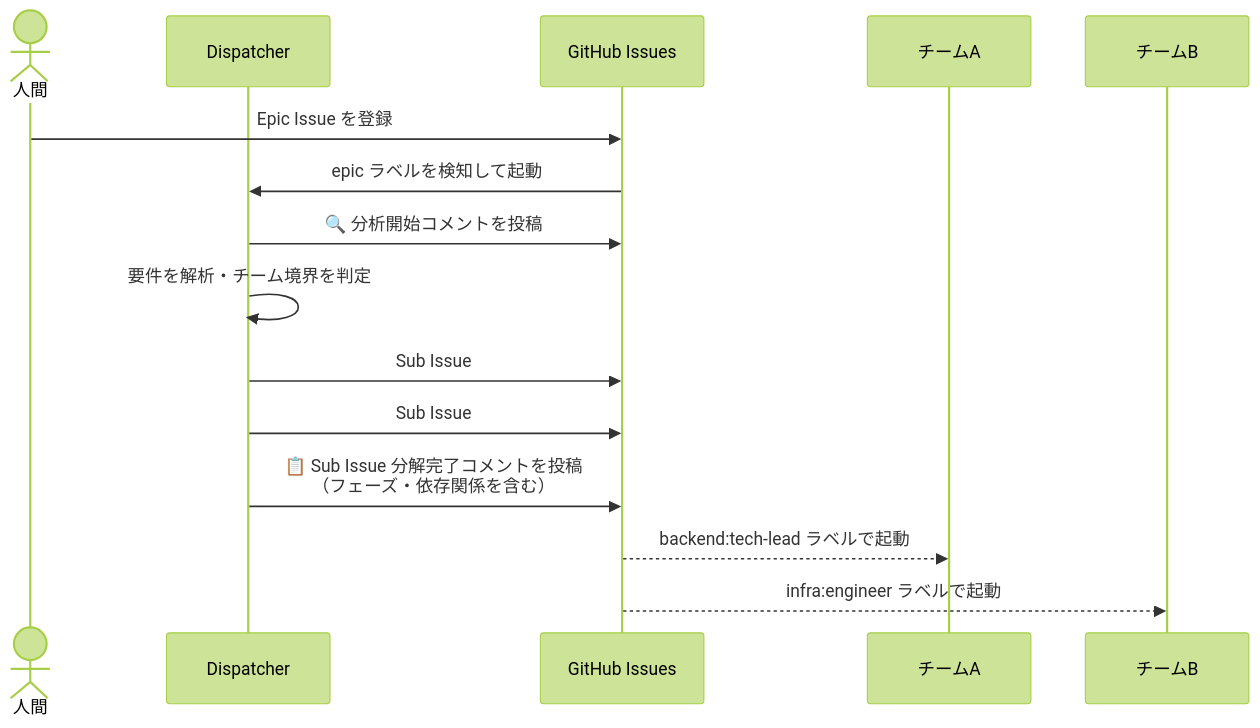
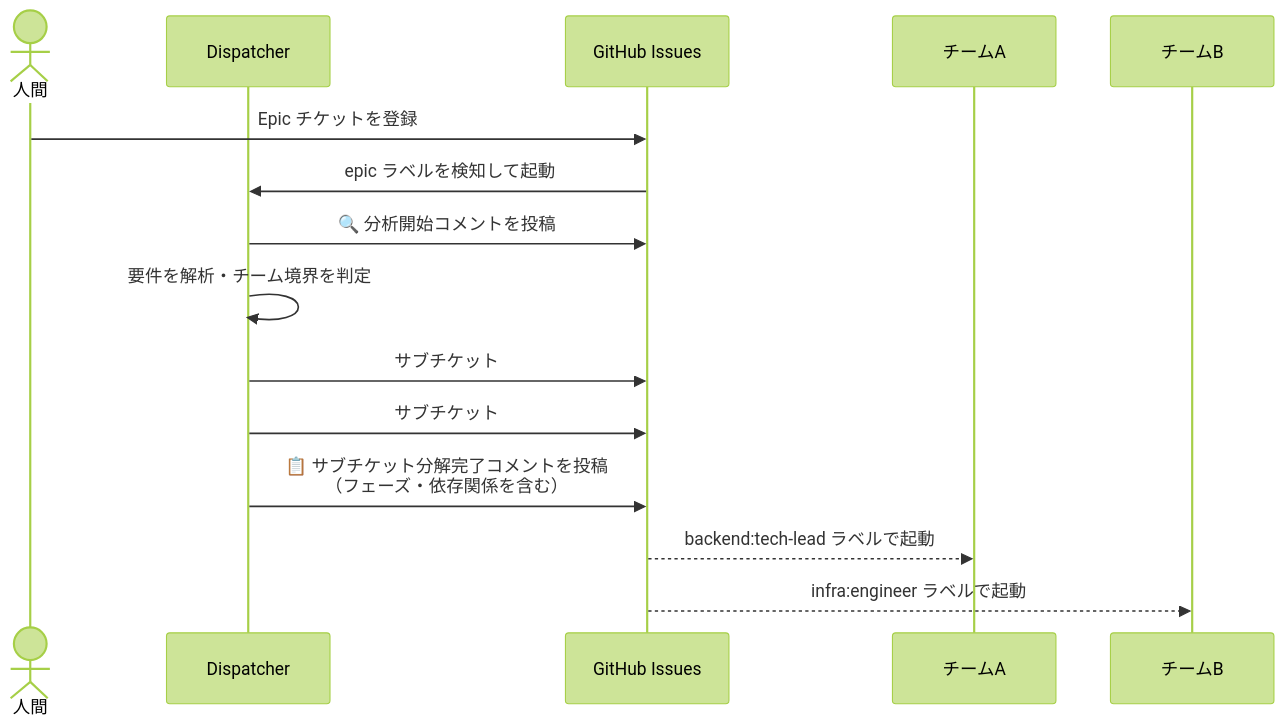
The second of 2 diagrams in docs-src/versions/v0.23.0/agents/dispatcher.md (trimixjp/trimix-cc-project-template), drawn with Mermaid (forest theme) before and after one commit. The commit also changed other lines of this file and 197 other files, not shown here.

````diff
--- a/docs-src/versions/v0.23.0/agents/dispatcher.md
+++ b/docs-src/versions/v0.23.0/agents/dispatcher.md
@@ -67,16 +67,16 @@
 ```mermaid
 sequenceDiagram
     actor 人間
     participant Dispatcher
     participant GitHub Issues
 
-    人間->>GitHub Issues: Epic Issue を登録
+    人間->>GitHub Issues: Epic チケットを登録
     GitHub Issues->>Dispatcher: epic ラベルを検知して起動
     Dispatcher->>GitHub Issues: 🔍 分析開始コメントを投稿
     Dispatcher->>Dispatcher: 要件を解析・チーム境界を判定
-    Dispatcher->>GitHub Issues: Sub Issue #A を生成（チームA担当）
-    Dispatcher->>GitHub Issues: Sub Issue #B を生成（チームB担当）
-    Dispatcher->>GitHub Issues: 📋 Sub Issue 分解完了コメントを投稿<br/>（フェーズ・依存関係を含む）
+    Dispatcher->>GitHub Issues: サブチケット#A を生成（チームA担当）
+    Dispatcher->>GitHub Issues: サブチケット#B を生成（チームB担当）
+    Dispatcher->>GitHub Issues: 📋 サブチケット分解完了コメントを投稿<br/>（フェーズ・依存関係を含む）
     GitHub Issues-->>チームA: backend:tech-lead ラベルで起動
     GitHub Issues-->>チームB: infra:engineer ラベルで起動
 ```
````
